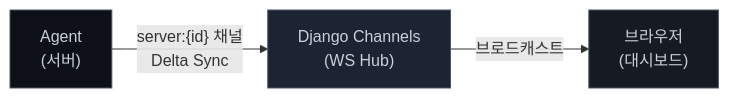
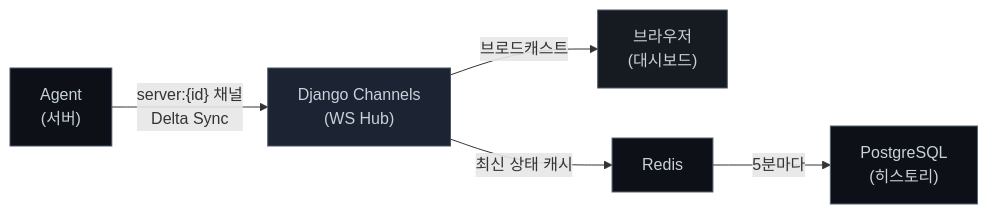
The fourth of 11 diagrams in docs/to-be-architecture.md (qkr7287/HyperCube), drawn with Mermaid before and after one commit. The commit also changed other lines of this file, not shown here.

First line of the commit message:
docs: add Redis + Celery Worker to architecture

````diff
--- a/docs/to-be-architecture.md
+++ b/docs/to-be-architecture.md
@@ -332,9 +370,13 @@
 ```mermaid
 graph LR
     Agent["Agent<br/>(서버)"] -->|"server:{id} 채널<br/>Delta Sync"| WSHub["Django Channels<br/>(WS Hub)"]
     WSHub -->|"브로드캐스트"| Browser["브라우저<br/>(대시보드)"]
+    WSHub -->|"최신 상태 캐시"| Redis["Redis"]
+    Redis -->|"5분마다"| PG["PostgreSQL<br/>(히스토리)"]
 
     style Agent fill:#0d1117,stroke:#4a5568,color:#c9d1d9
     style WSHub fill:#1c2333,stroke:#4a5568,color:#c9d1d9
     style Browser fill:#161b22,stroke:#4a5568,color:#c9d1d9
+    style Redis fill:#0d1117,stroke:#586474,color:#c9d1d9
+    style PG fill:#0d1117,stroke:#586474,color:#c9d1d9
 ```
````
